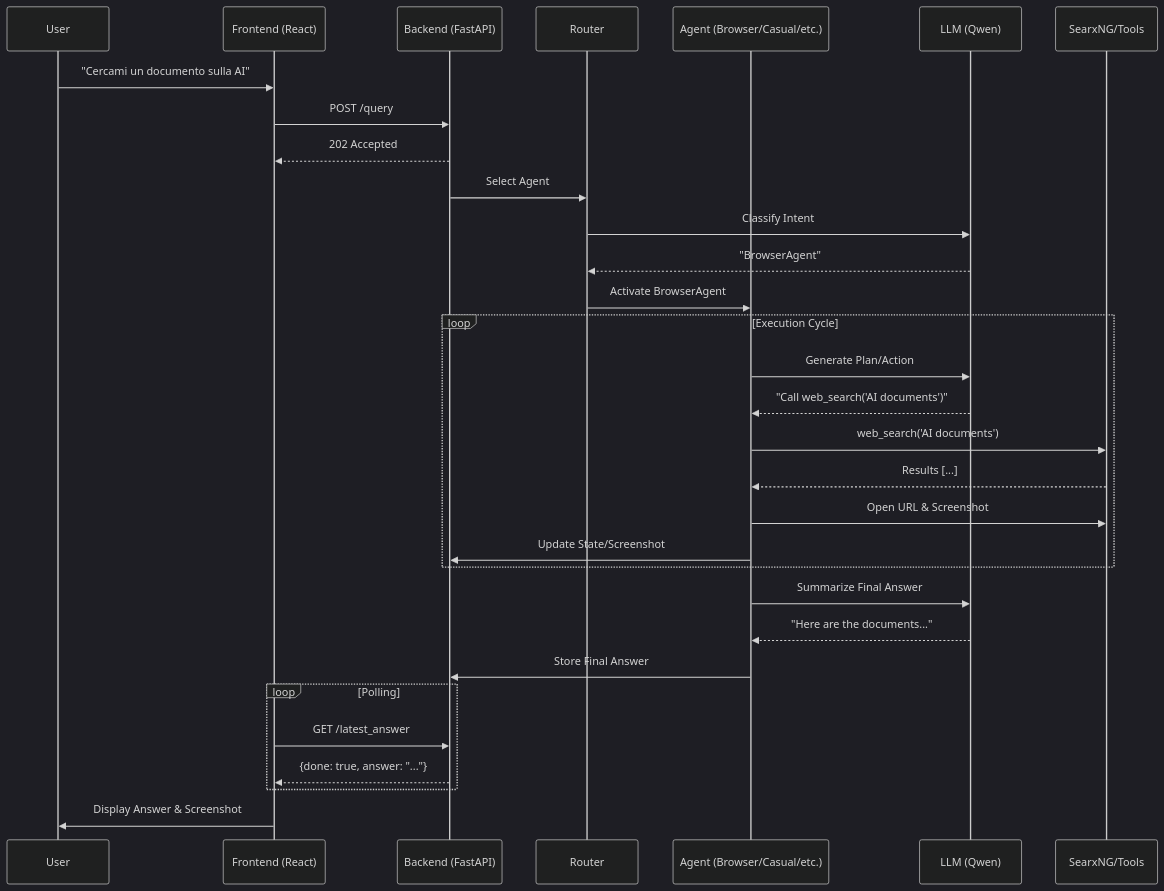
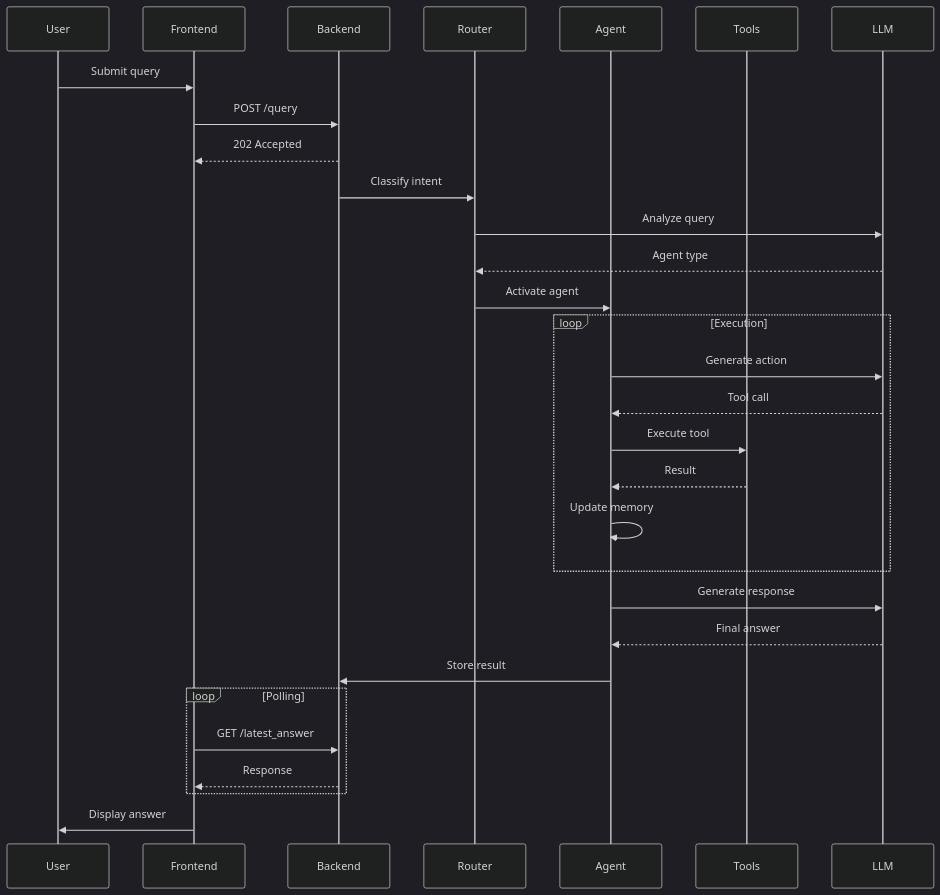
Before and after one commit to Nik033066/GPT1: the second of 2 diagrams in ARCHITECTURE.md, drawn with Mermaid (dark theme). The commit also changed other lines of this file and 77 other files, not shown here.

````diff
--- a/ARCHITECTURE.md
+++ b/ARCHITECTURE.md
@@ -68,38 +83,38 @@
 ```mermaid
 sequenceDiagram
     participant U as User
-    participant FE as Frontend (React)
-    participant API as Backend (FastAPI)
+    participant FE as Frontend
+    participant API as Backend
     participant R as Router
-    participant A as Agent (Browser/Casual/etc.)
-    participant L as LLM (Qwen)
-    participant S as SearxNG/Tools
+    participant A as Agent
+    participant T as Tools
+    participant L as LLM
 
-    U->>FE: "Cercami un documento sulla AI"
+    U->>FE: Submit query
     FE->>API: POST /query
     API-->>FE: 202 Accepted
-    API->>R: Select Agent
-    R->>L: Classify Intent
-    L-->>R: "BrowserAgent"
-    R->>A: Activate BrowserAgent
-    
-    loop Execution Cycle
-        A->>L: Generate Plan/Action
-        L-->>A: "Call web_search('AI documents')"
-        A->>S: web_search('AI documents')
-        S-->>A: Results [...]
-        A->>S: Open URL & Screenshot
-        A->>API: Update State/Screenshot
+
+    API->>R: Classify intent
+    R->>L: Analyze query
+    L-->>R: Agent type
+    R->>A: Activate agent
+
+    loop Execution
+        A->>L: Generate action
+        L-->>A: Tool call
+        A->>T: Execute tool
+        T-->>A: Result
+        A->>A: Update memory
     end
 
-    A->>L: Summarize Final Answer
-    L-->>A: "Here are the documents..."
-    A->>API: Store Final Answer
-    
+    A->>L: Generate response
+    L-->>A: Final answer
+    A->>API: Store result
+
     loop Polling
         FE->>API: GET /latest_answer
-        API-->>FE: {done: true, answer: "..."}
+        API-->>FE: Response
     end
-    
-    FE->>U: Display Answer & Screenshot
+
+    FE->>U: Display answer
 ```
````
